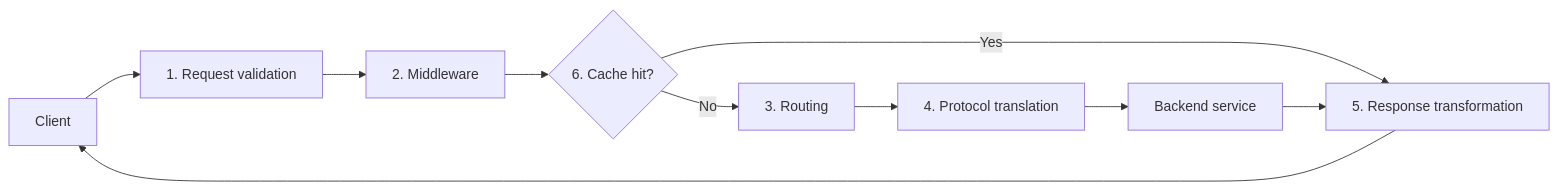
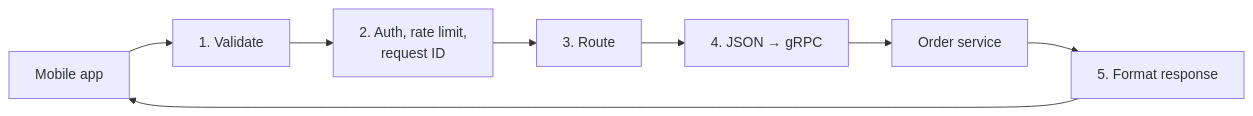
The diagram in traffic-management/api-gateway.md (alanqi03/sys-design), drawn with Mermaid before and after one commit. The commit also changed other lines of this file and 5 other files, not shown here.

````diff
--- a/traffic-management/api-gateway.md
+++ b/traffic-management/api-gateway.md
@@ -12,12 +24,10 @@
 ```{mermaid}
 flowchart LR
-  client[Client] --> validation[1. Request validation]
-  validation --> middleware[2. Middleware]
-  middleware --> cache{6. Cache hit?}
-  cache -->|Yes| transform[5. Response transformation]
-  cache -->|No| routing[3. Routing]
-  routing --> protocol[4. Protocol translation]
-  protocol --> service[Backend service]
-  service --> transform
-  transform --> client
+  app[Mobile app] --> v[1. Validate]
+  v --> m["2. Auth, rate limit,<br/>request ID"]
+  m --> r["3. Route"]
+  r --> t["4. JSON → gRPC"]
+  t --> svc[Order service]
+  svc --> f["5. Format response"]
+  f --> app
 ```
````
